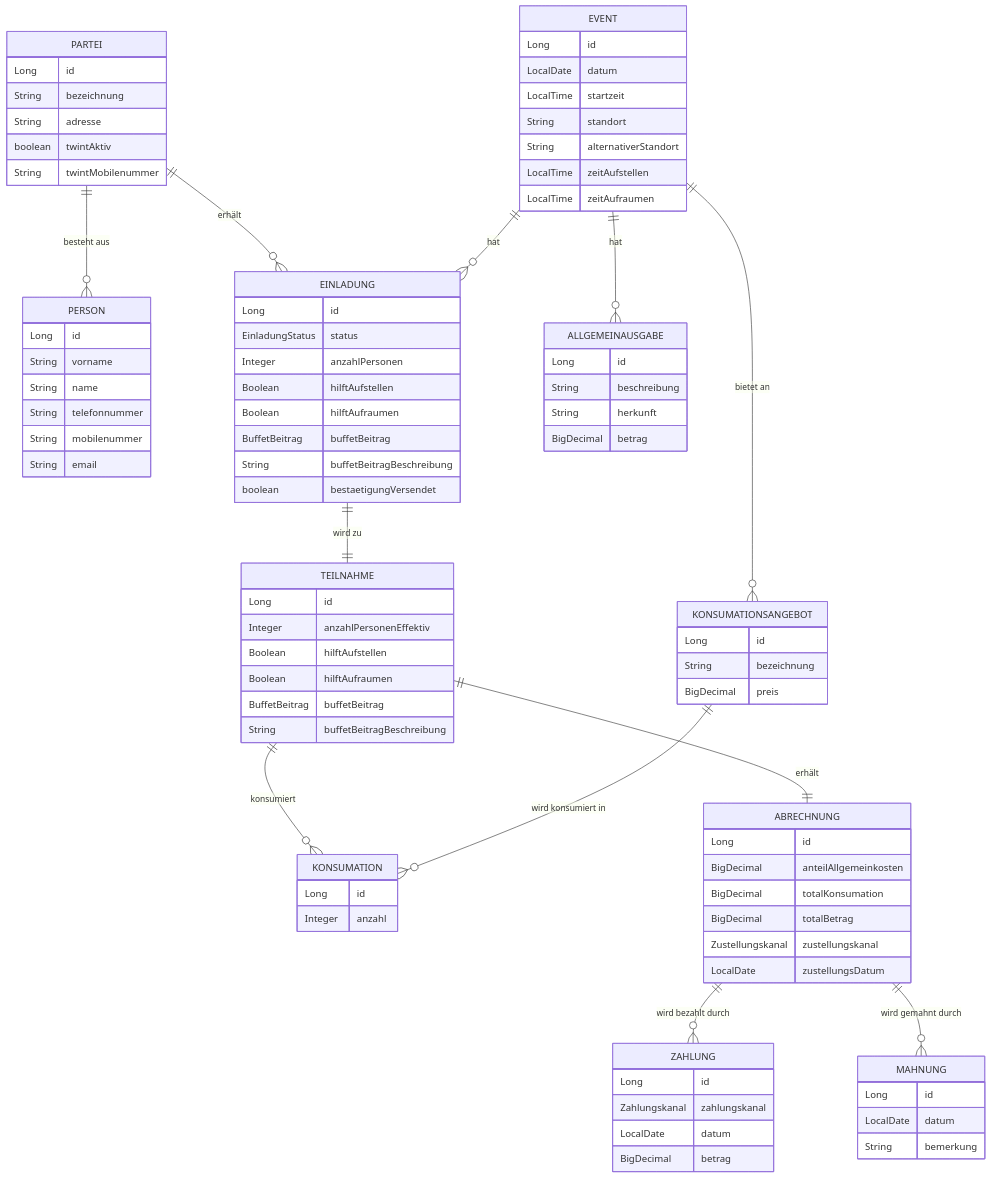
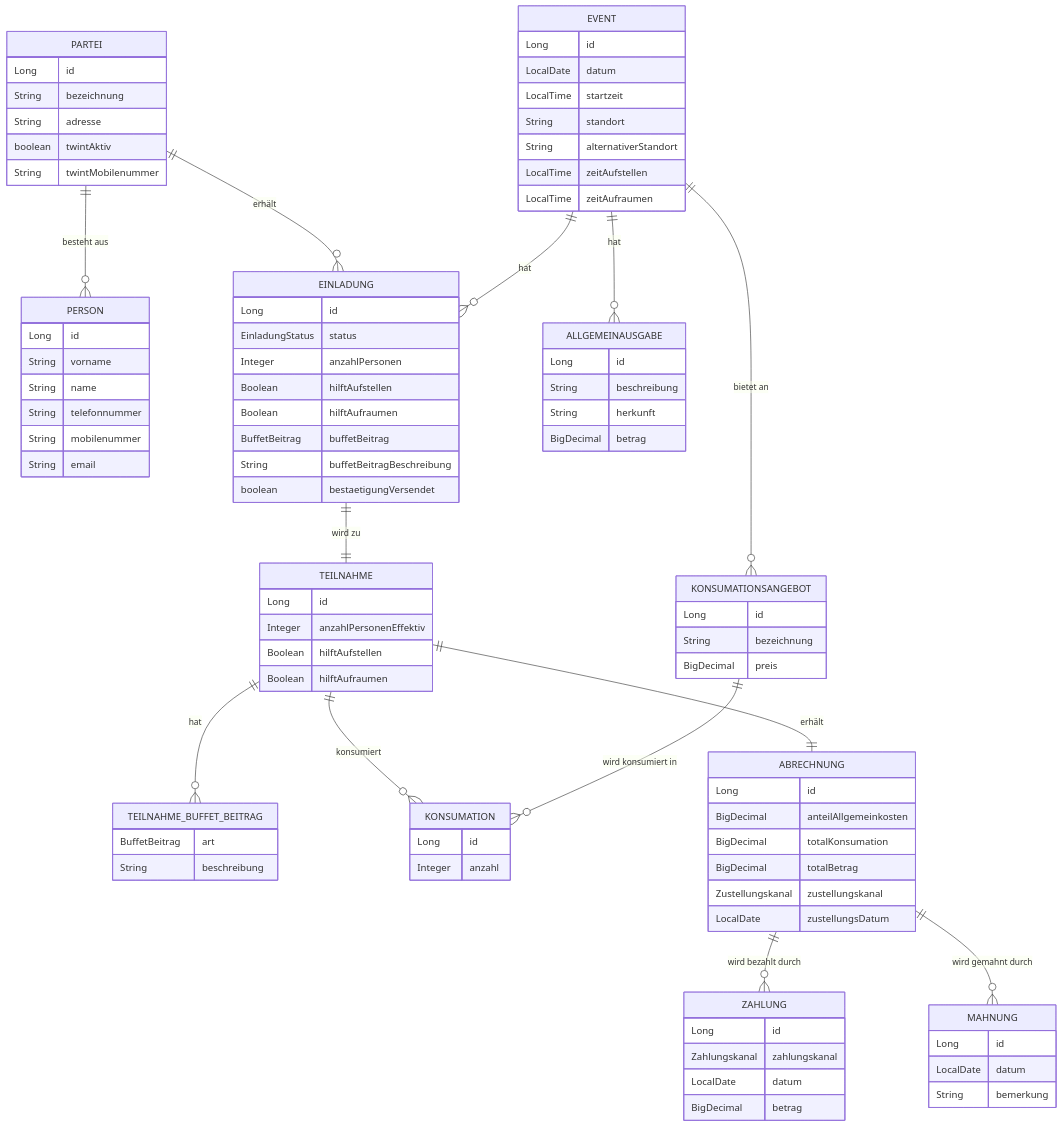
One commit to davidrossier/quartierfest-backend changed the second of 2 diagrams in specs/architecture.md. Above: the diagram before and after it, drawn with Mermaid. The commit also changed other lines of this file and 27 other files, not shown here.

```diff
--- a/specs/architecture.md
+++ b/specs/architecture.md
@@ -86,8 +86,11 @@
         Integer anzahlPersonenEffektiv
         Boolean hilftAufstellen
         Boolean hilftAufraumen
-        BuffetBeitrag buffetBeitrag
-        String buffetBeitragBeschreibung
+    }
+
+    TEILNAHME_BUFFET_BEITRAG {
+        BuffetBeitrag art
+        String beschreibung
     }
 
     KONSUMATIONSANGEBOT {
@@ -138,6 +141,7 @@
     EVENT ||--o{ ALLGEMEINAUSGABE : "hat"
     TEILNAHME ||--o{ KONSUMATION : "konsumiert"
     KONSUMATIONSANGEBOT ||--o{ KONSUMATION : "wird konsumiert in"
+    TEILNAHME ||--o{ TEILNAHME_BUFFET_BEITRAG : "hat"
     TEILNAHME ||--|| ABRECHNUNG : "erhält"
     ABRECHNUNG ||--o{ ZAHLUNG : "wird bezahlt durch"
     ABRECHNUNG ||--o{ MAHNUNG : "wird gemahnt durch"
```
